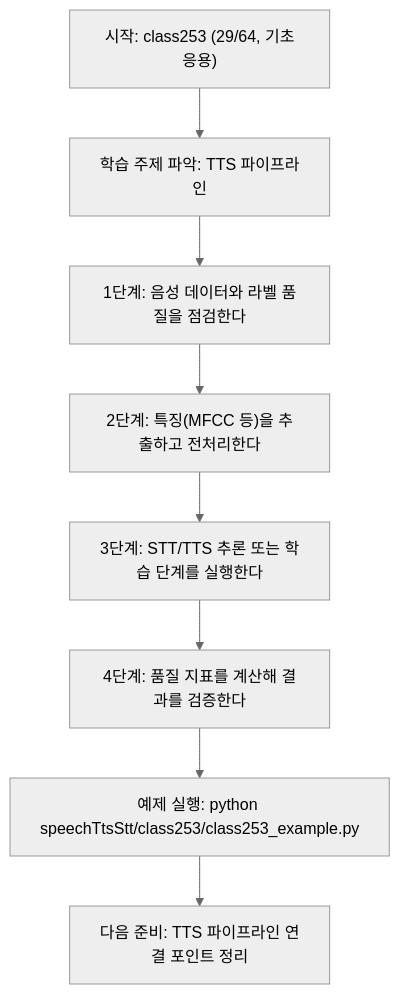
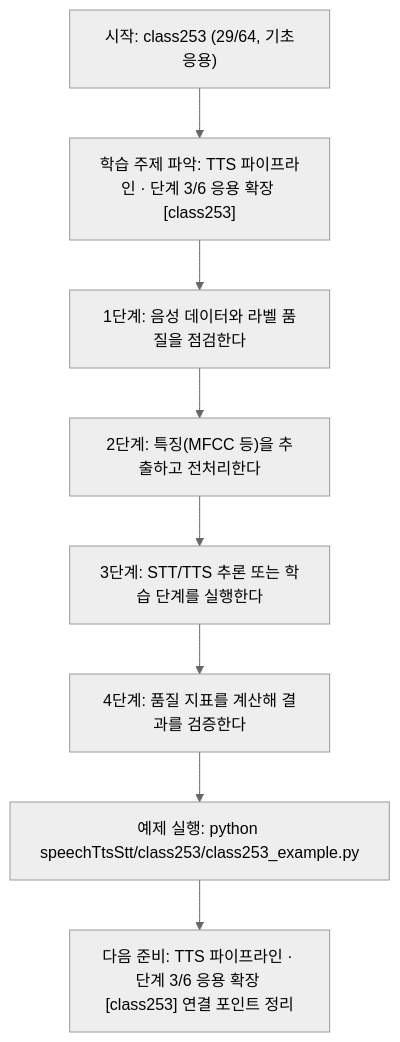
Before and after one commit to edumgt/Python-AI_Agent-Class: the diagram in speechTtsStt/class253/class253.md, drawn with Mermaid (neutral theme). The commit also changed other lines of this file and 522 other files, not shown here.

````diff
--- a/speechTtsStt/class253/class253.md
+++ b/speechTtsStt/class253/class253.md
@@ -112,18 +113,18 @@
 ```mermaid
 flowchart TD
 N1["시작: class253 (29/64, 기초응용)"]
-N2["학습 주제 파악: TTS 파이프라인"]
+N2["학습 주제 파악: TTS 파이프라인 · 단계 3/6 응용 확장 [class253]"]
 N3["1단계: 음성 데이터와 라벨 품질을 점검한다"]
 N4["2단계: 특징(MFCC 등)을 추출하고 전처리한다"]
 N5["3단계: STT/TTS 추론 또는 학습 단계를 실행한다"]
 N6["4단계: 품질 지표를 계산해 결과를 검증한다"]
 N7["예제 실행: python speechTtsStt/class253/class253_example.py"]
-N8["다음 준비: TTS 파이프라인 연결 포인트 정리"]
+N8["다음 준비: TTS 파이프라인 · 단계 3/6 응용 확장 [class253] 연결 포인트 정리"]
 N1 --> N2
 N2 --> N3
 N3 --> N4
 N4 --> N5
 N5 --> N6
 N6 --> N7
 N7 --> N8
 ```
````
